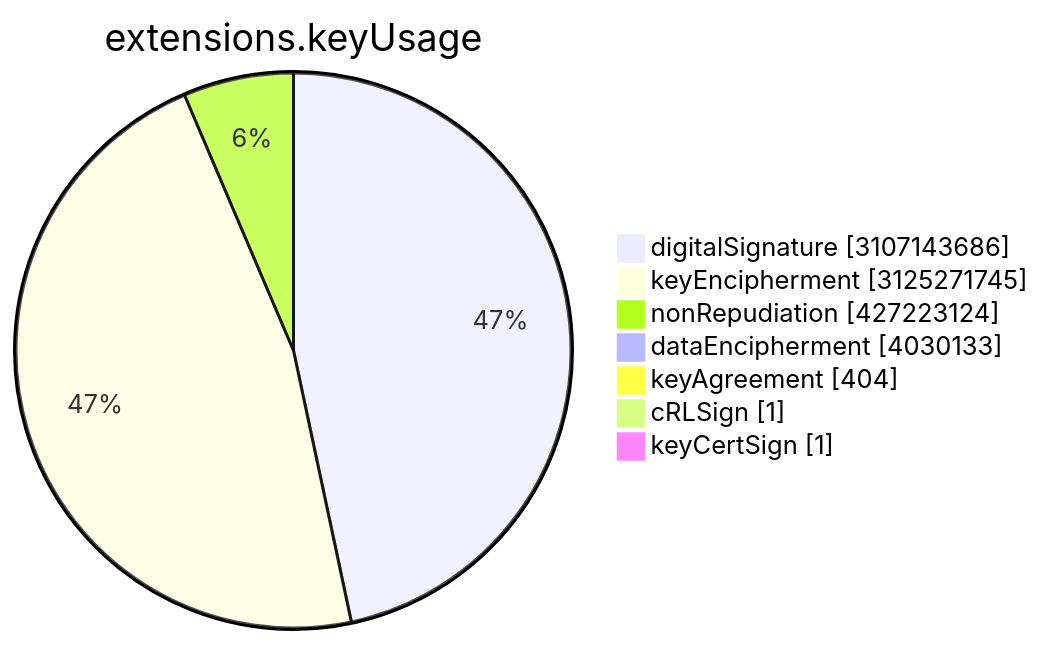
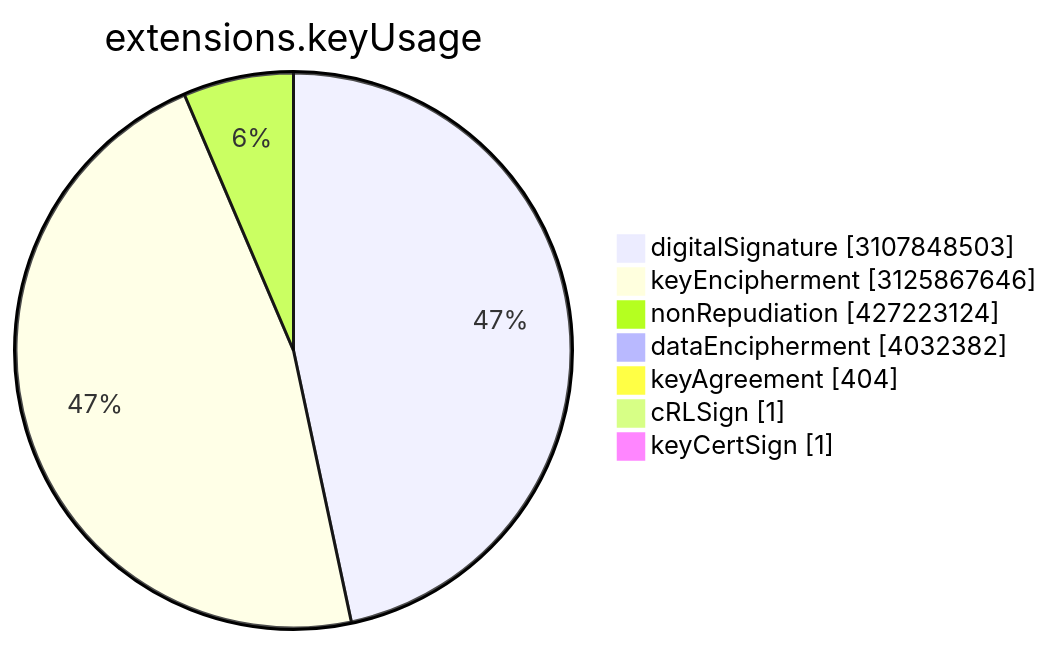
Before and after one commit to christiankrug/ctmonitor_visualization: the sixth of 15 diagrams in TOTAL/README.md, drawn with Mermaid. The commit also changed other lines of this file, not shown here.

````diff
--- a/TOTAL/README.md
+++ b/TOTAL/README.md
@@ -3077,11 +3077,11 @@
 ```mermaid
 pie showData
 title extensions.keyUsage
-"digitalSignature" :3107143686
-"keyEncipherment" :3125271745
+"digitalSignature" :3107848503
+"keyEncipherment" :3125867646
 "nonRepudiation" :427223124
-"dataEncipherment" :4030133
+"dataEncipherment" :4032382
 "keyAgreement" :404
 "cRLSign" :1
 "keyCertSign" :1
 ```
````
